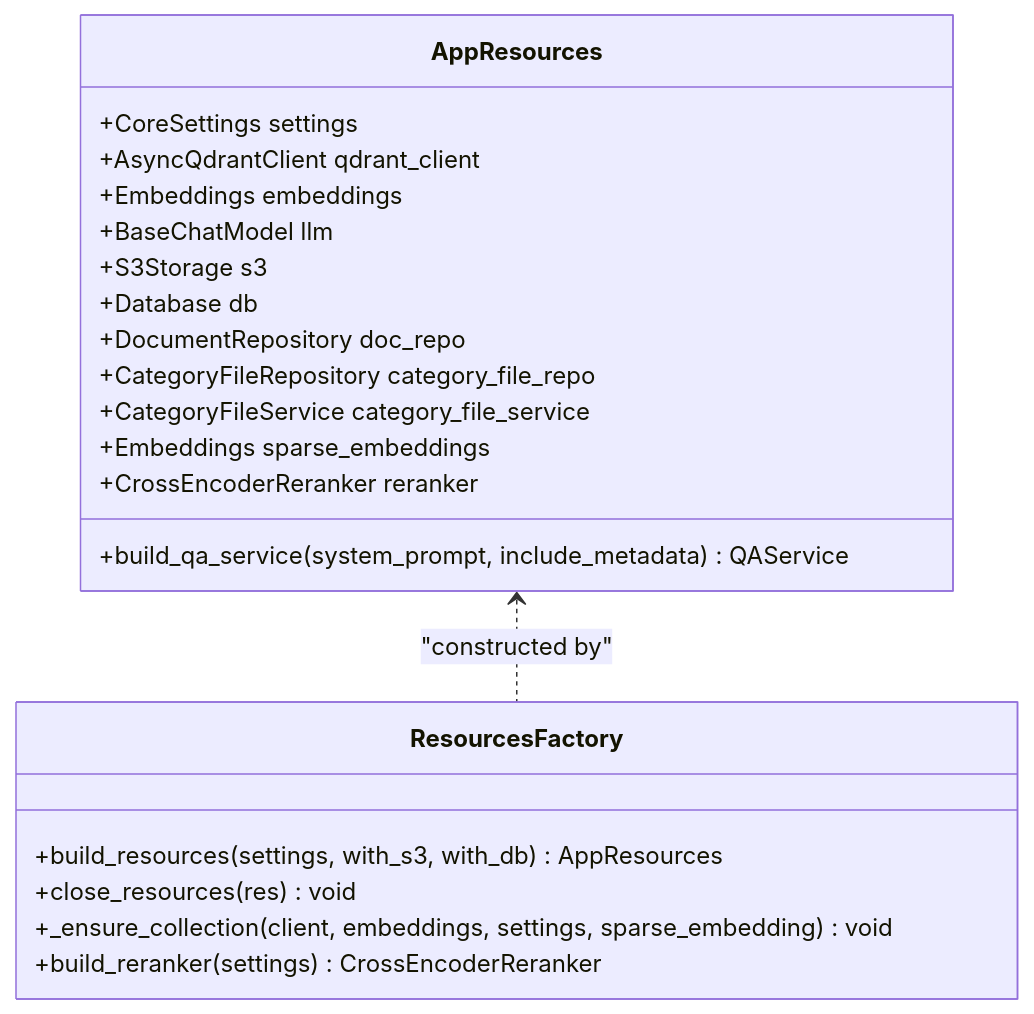
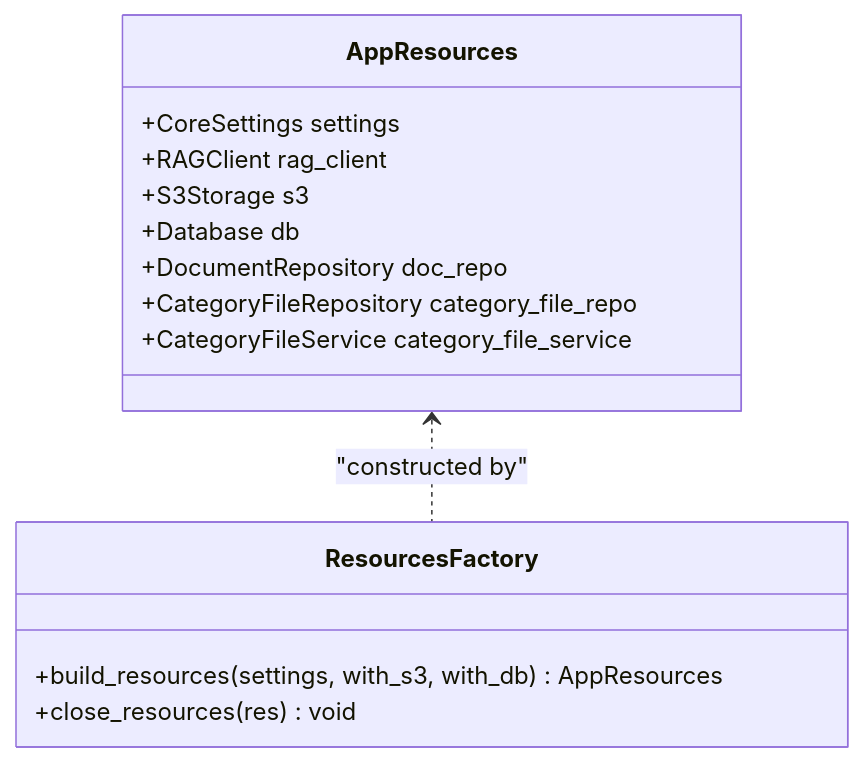
The third of 8 diagrams in .qoder/repowiki/en/content/API Reference/Resource Management System.md (ognelis/cafetera_hr_bot), drawn with Mermaid before and after one commit. The commit also changed other lines of this file and 69 other files, not shown here.

Commit message:
CAFETERA-62 Implemented RAG service

````diff
--- a/.qoder/repowiki/en/content/API Reference/Resource Management System.md
+++ b/.qoder/repowiki/en/content/API Reference/Resource Management System.md
@@ -204,24 +176,17 @@
 ```mermaid
 classDiagram
 class AppResources {
 +CoreSettings settings
-+AsyncQdrantClient qdrant_client
-+Embeddings embeddings
-+BaseChatModel llm
++RAGClient rag_client
 +S3Storage s3
 +Database db
 +DocumentRepository doc_repo
 +CategoryFileRepository category_file_repo
 +CategoryFileService category_file_service
-+Embeddings sparse_embeddings
-+CrossEncoderReranker reranker
-+build_qa_service(system_prompt, include_metadata) QAService
 }
 class ResourcesFactory {
 +build_resources(settings, with_s3, with_db) AppResources
 +close_resources(res) void
-+_ensure_collection(client, embeddings, settings, sparse_embedding) void
-+build_reranker(settings) CrossEncoderReranker
 }
 AppResources <.. ResourcesFactory : "constructed by"
 ```
````
